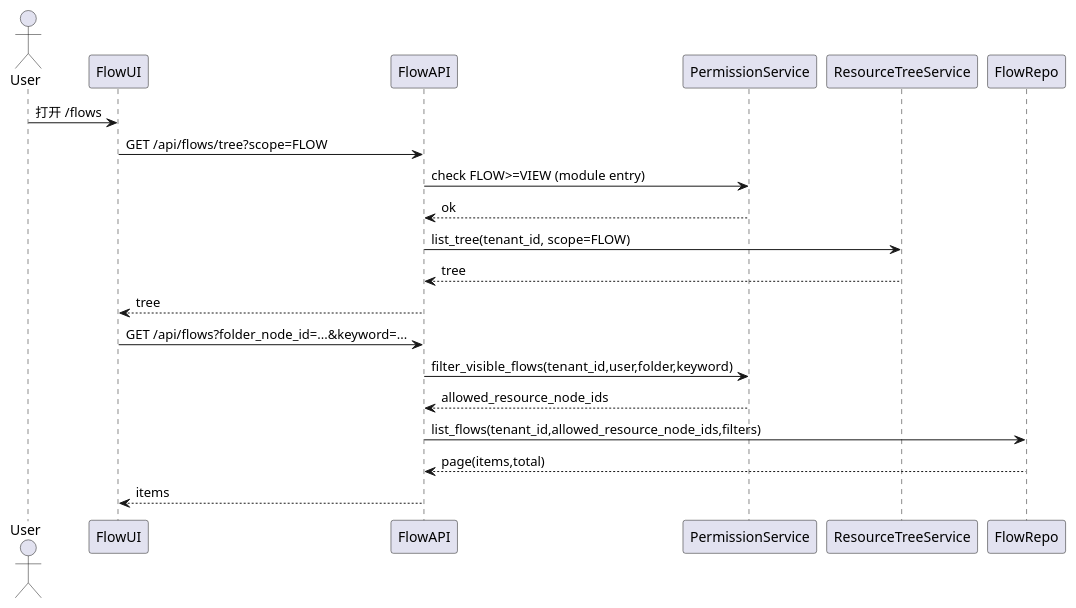
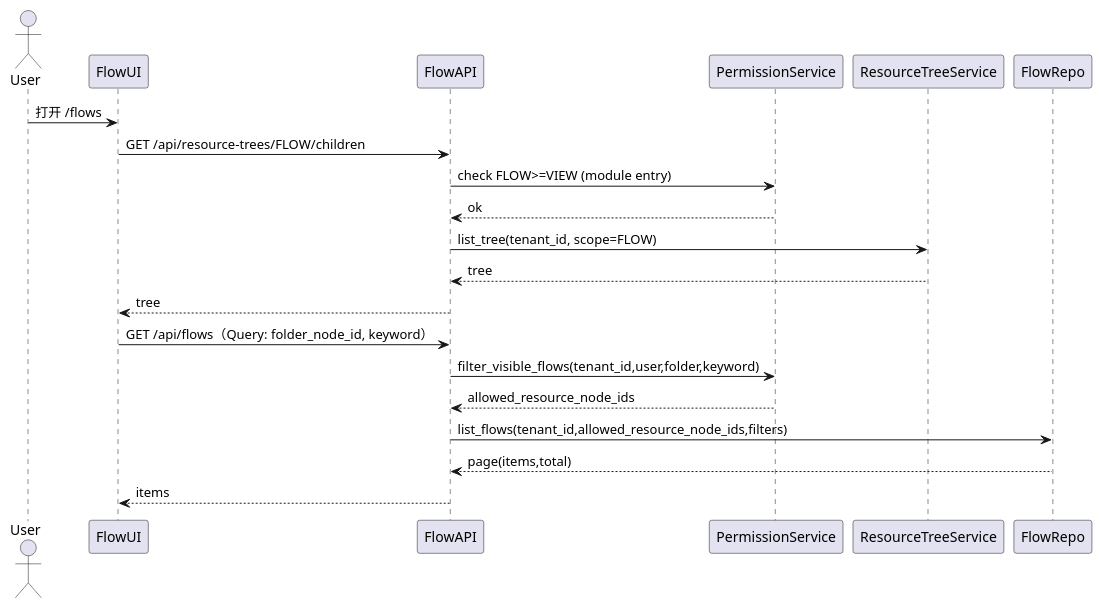
One commit to FangZiyong/grass changed diagram 19 of 29 in docs/tech.md. Above: the diagram before and after it, drawn with PlantUML. The commit also changed other lines of this file and 29 other files, not shown here.

````diff
--- a/docs/tech.md
+++ b/docs/tech.md
@@ -3744,25 +4159,25 @@
 ```plantuml
 @startuml
 actor User
 participant "FlowUI" as UI
 participant "FlowAPI" as API
 participant "PermissionService" as PS
 participant "ResourceTreeService" as RTS
 participant "FlowRepo" as FR
 
 User -> UI : 打开 /flows
-UI -> API : GET /api/flows/tree?scope=FLOW
+UI -> API : GET /api/resource-trees/FLOW/children
 API -> PS : check FLOW>=VIEW (module entry)
 PS --> API : ok
 API -> RTS : list_tree(tenant_id, scope=FLOW)
 RTS --> API : tree
 API --> UI : tree
 
-UI -> API : GET /api/flows?folder_node_id=...&keyword=...
+UI -> API : GET /api/flows（Query: folder_node_id, keyword）
 API -> PS : filter_visible_flows(tenant_id,user,folder,keyword)
 PS --> API : allowed_resource_node_ids
 API -> FR : list_flows(tenant_id,allowed_resource_node_ids,filters)
 FR --> API : page(items,total)
 API --> UI : items
 @enduml
 ```
````
